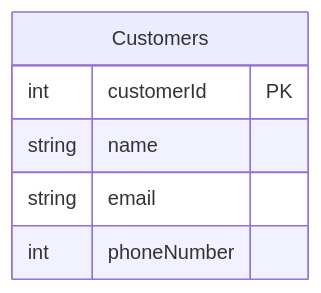
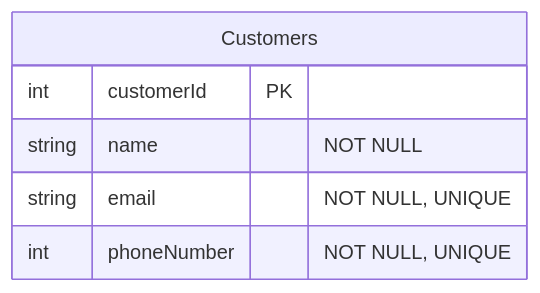
Before and after one commit to rosendocamal/homeworks: diagram 24 of 29 in 4to-Cuatrimestre/fundamentos-base-datos/proyecto/proyecto.md, drawn with Mermaid. The commit also changed other lines of this file, not shown here.

````diff
--- a/4to-Cuatrimestre/fundamentos-base-datos/proyecto/proyecto.md
+++ b/4to-Cuatrimestre/fundamentos-base-datos/proyecto/proyecto.md
@@ -489,9 +458,9 @@
 ```mermaid
 erDiagram
 	Customers {
 		int customerId PK
-		string name
-		string email
-		int phoneNumber
+		string name "NOT NULL"
+		string email "NOT NULL, UNIQUE"
+		int phoneNumber "NOT NULL, UNIQUE"
 	}
 ```
````
